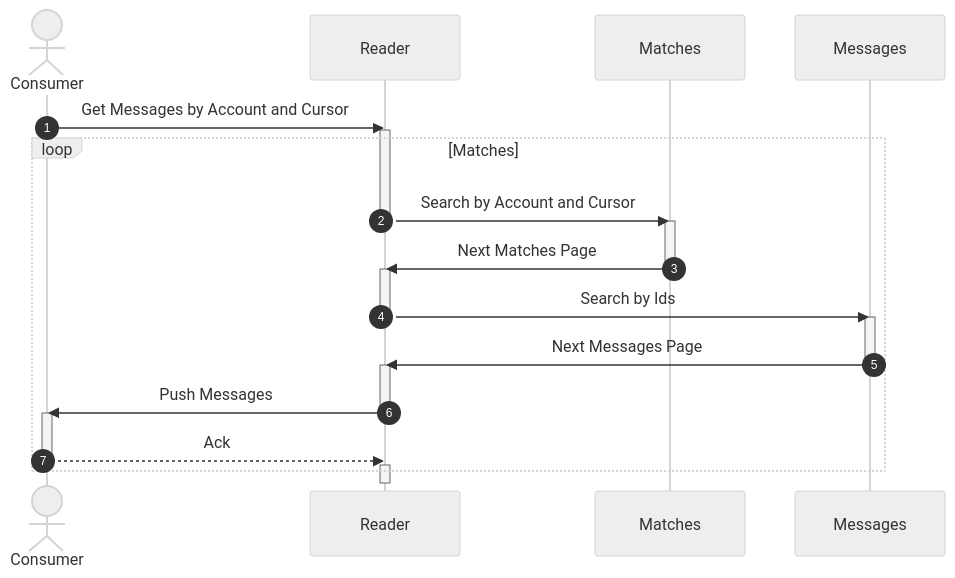
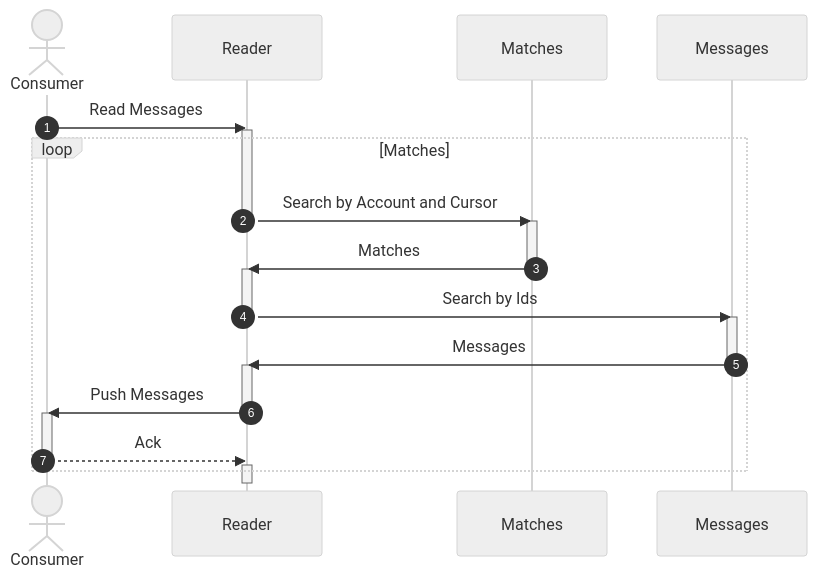
Before and after one commit to awakari/.github: the second of 2 diagrams in profile/README.md, drawn with Mermaid. The commit also changed other lines of this file and 2 other files, not shown here.

````diff
--- a/profile/README.md
+++ b/profile/README.md
@@ -193,46 +191,46 @@
 ```mermaid
 %%{init: {'theme': 'neutral' } }%%
 sequenceDiagram
 
     autonumber
 
     actor Consumer
     participant Reader
     participant Matches
     participant Messages
 
-    Consumer->>Reader: Get Messages by Account and Cursor
+    Consumer->>Reader: Read Messages
 
     activate Reader
     
     loop Matches
     
         Reader->>Matches: Search by Account and Cursor
         deactivate Reader
         
         activate Matches
-        Matches->>Reader: Next Matches Page
+        Matches->>Reader: Matches
         deactivate Matches
         
         activate Reader
         Reader->>Messages: Search by Ids
         deactivate Reader
     
         activate Messages
-        Messages->>Reader: Next Messages Page
+        Messages->>Reader: Messages
         deactivate Messages
         
         activate Reader
         Reader->>Consumer: Push Messages
         deactivate Reader
 
         activate Consumer
         Consumer-->>Reader: Ack
         deactivate Consumer
         
         activate Reader
     
     end
     
     deactivate Reader
 ```
````
